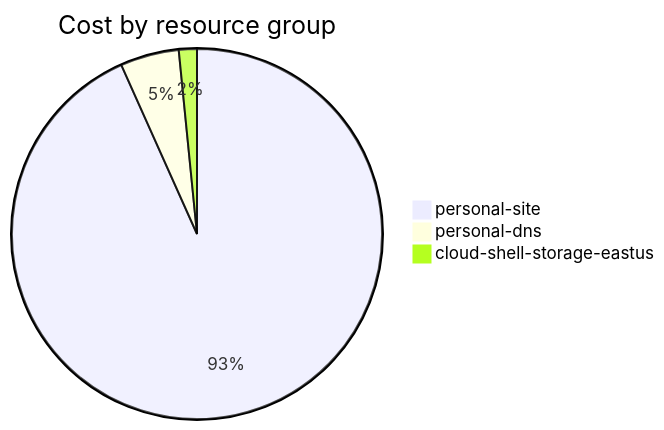
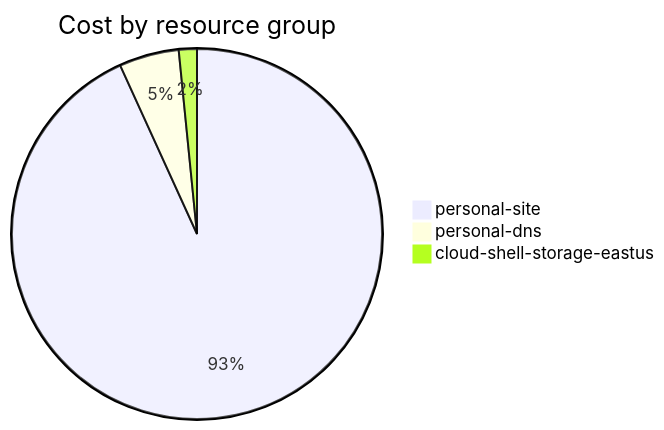
The fourth of 4 diagrams in cost-reports/accumulated-cost.md (jpfulton/azure-personal-reports), drawn with Mermaid before and after one commit. The commit also changed other lines of this file and 4 other files, not shown here.

````diff
--- a/cost-reports/accumulated-cost.md
+++ b/cost-reports/accumulated-cost.md
@@ -143,7 +143,7 @@
 ```mermaid
 pie
    title Cost by resource group
-   "personal-site" : 7.10
-   "personal-dns" : 0.39
-   "cloud-shell-storage-eastus" : 0.12
+   "personal-site" : 7.67
+   "personal-dns" : 0.43
+   "cloud-shell-storage-eastus" : 0.13
 ```
````
